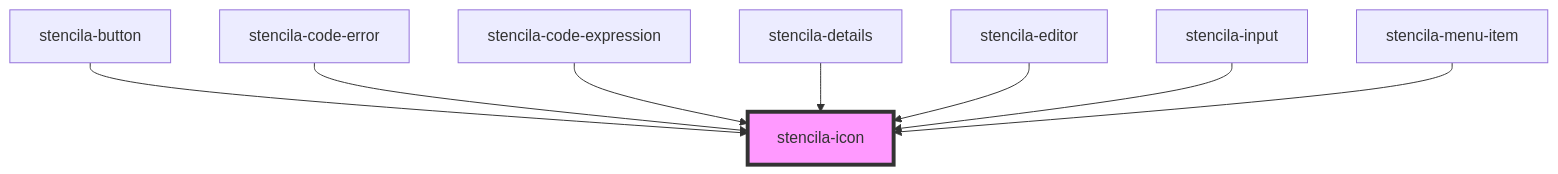
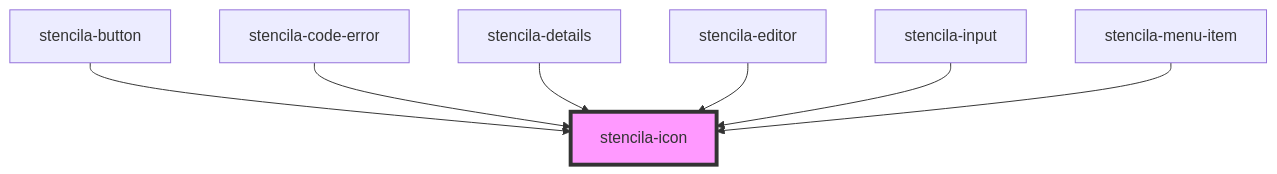
Before and after one commit to stencila/designa: the diagram in packages/components/src/components/icon/readme.md, drawn with Mermaid. The commit also changed other lines of this file and 9 other files, not shown here.

Commit message:
fix(Code): Standardize CodeChunk and CodeExpression component buttons

````diff
--- a/packages/components/src/components/icon/readme.md
+++ b/packages/components/src/components/icon/readme.md
@@ -26,11 +25,10 @@
 ```mermaid
 graph TD;
   stencila-button --> stencila-icon
   stencila-code-error --> stencila-icon
-  stencila-code-expression --> stencila-icon
   stencila-details --> stencila-icon
   stencila-editor --> stencila-icon
   stencila-input --> stencila-icon
   stencila-menu-item --> stencila-icon
   style stencila-icon fill:#f9f,stroke:#333,stroke-width:4px
 ```
````
